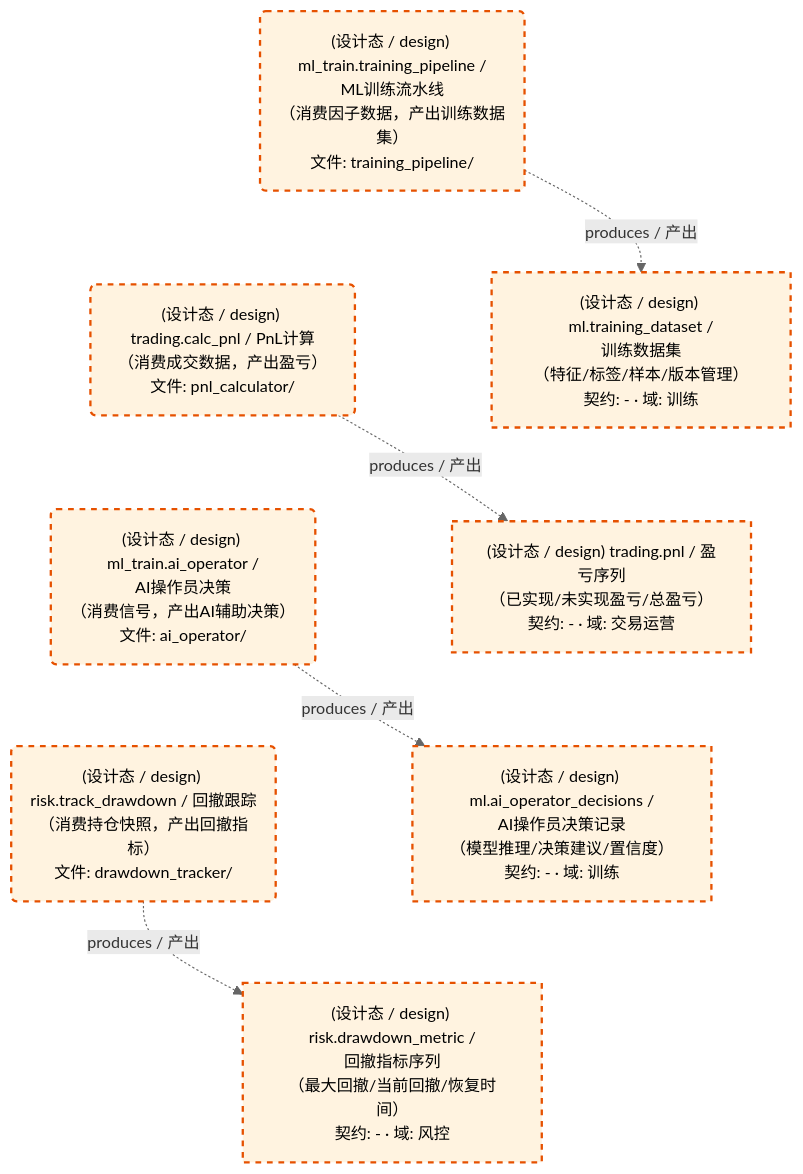
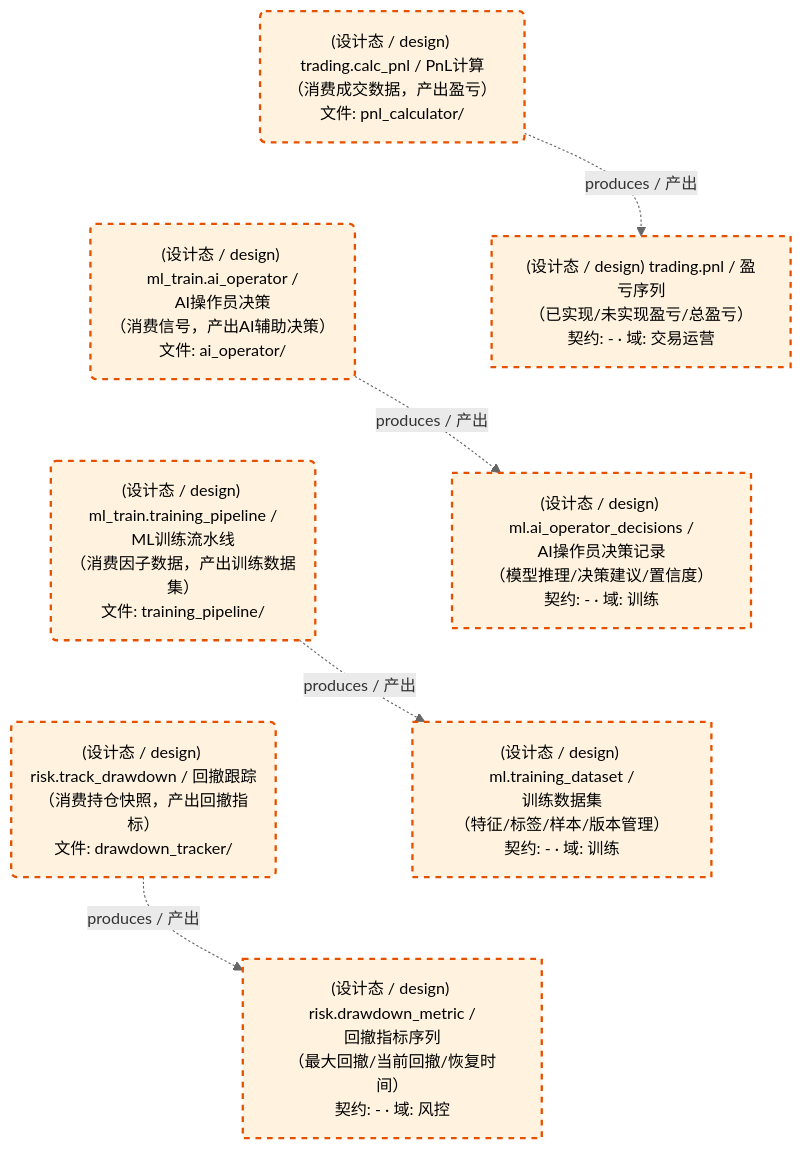
One commit to xuanFelixVan/ZephyrAlpha changed the third of 3 diagrams in docs/02_enterprise_architecture/05_dataflow_architecture/d_others.md. Above: the diagram before and after it, drawn with Mermaid. The commit also changed other lines of this file and 106 other files, not shown here.

````diff
--- a/docs/02_enterprise_architecture/05_dataflow_architecture/d_others.md
+++ b/docs/02_enterprise_architecture/05_dataflow_architecture/d_others.md
@@ -108,27 +108,27 @@
 ```mermaid
 %%{init: {'theme': 'base', 'themeVariables': {'primaryColor': '#eaeaea', 'primaryTextColor': '#333333', 'primaryBorderColor': '#666666', 'lineColor': '#666666', 'secondaryColor': '#eaeaea', 'tertiaryColor': '#eaeaea', 'clusterBkg': 'transparent', 'clusterBorder': 'transparent', 'fontSize': '14px'}}}%%
 flowchart TD
     DS11271["(设计态 / design) ml.ai_operator_decisions /<br/>AI操作员决策记录<br/>（模型推理/决策建议/置信度）<br/>契约: - · 域: 训练"]
     DS11272["(设计态 / design) ml.training_dataset /<br/>训练数据集<br/>（特征/标签/样本/版本管理）<br/>契约: - · 域: 训练"]
     DS11273["(设计态 / design) risk.drawdown_metric /<br/>回撤指标序列<br/>（最大回撤/当前回撤/恢复时间）<br/>契约: - · 域: 风控"]
     DS11274["(设计态 / design) trading.pnl / 盈亏序列<br/>（已实现/未实现盈亏/总盈亏）<br/>契约: - · 域: 交易运营"]
     JOB757635("(设计态 / design) ml_train.ai_operator /<br/>AI操作员决策<br/>（消费信号，产出AI辅助决策）<br/>文件: ai_operator/")
     JOB757636("(设计态 / design) ml_train.training_pipeline /<br/>ML训练流水线<br/>（消费因子数据，产出训练数据集）<br/>文件: training_pipeline/")
     JOB757637("(设计态 / design) risk.track_drawdown / 回撤跟踪<br/>（消费持仓快照，产出回撤指标）<br/>文件: drawdown_tracker/")
     JOB757638("(设计态 / design) trading.calc_pnl / PnL计算<br/>（消费成交数据，产出盈亏）<br/>文件: pnl_calculator/")
     JOB757635 -.->|produces / 产出| DS11271
     JOB757636 -.->|produces / 产出| DS11272
     JOB757637 -.->|produces / 产出| DS11273
     JOB757638 -.->|produces / 产出| DS11274
-    JOB757636 ~~~ JOB757638
     JOB757638 ~~~ JOB757635
-    JOB757635 ~~~ JOB757637
-    DS11272 ~~~ DS11274
+    JOB757635 ~~~ JOB757636
+    JOB757636 ~~~ JOB757637
     DS11274 ~~~ DS11271
-    DS11271 ~~~ DS11273
+    DS11271 ~~~ DS11272
+    DS11272 ~~~ DS11273
     classDef production fill:#e1f5fe,stroke:#01579b,stroke-width:2px,color:#000
     classDef design fill:#fff3e0,stroke:#e65100,stroke-width:2px,color:#000,stroke-dasharray: 5 5
     classDef external_prod fill:#e8f4fd,stroke:#0277bd,stroke-width:1px,color:#000
     classDef external_design fill:#fff8e7,stroke:#ef6c00,stroke-width:1px,color:#000,stroke-dasharray: 5 5
     class DS11271,DS11272,DS11273,DS11274,JOB757635,JOB757636,JOB757637,JOB757638 design
 ```
````
